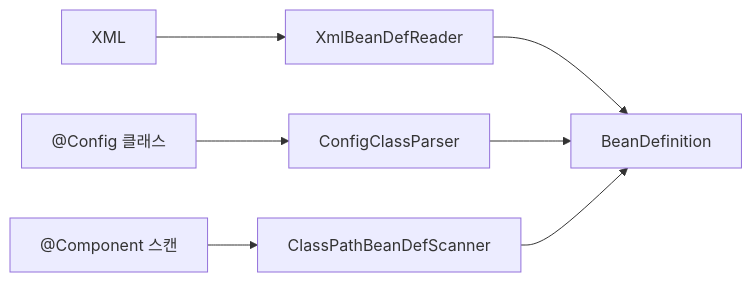
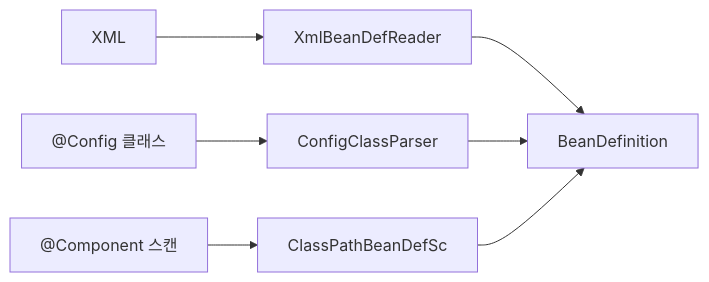
The fourth of 8 diagrams in _posts/spring/2026-05-02-spring-core-basic.md (yjkim2015/yjkim2015.github.io), drawn with Mermaid before and after one commit. The commit also changed other lines of this file and 245 other files, not shown here.

First line of the commit message:
Mermaid 다이어그램 전면 수정 + 면접 포인트 접기/펼치기 + DB 데드락 페이지

````diff
--- a/_posts/spring/2026-05-02-spring-core-basic.md
+++ b/_posts/spring/2026-05-02-spring-core-basic.md
@@ -256,9 +256,9 @@
 ```mermaid
 graph LR
     A["XML"] --> B["XmlBeanDefReader"]
     C["@Config 클래스"] --> D["ConfigClassParser"]
-    E["@Component 스캔"] --> F["ClassPathBeanDefScanner"]
+    E["@Component 스캔"] --> F["ClassPathBeanDefSc"]
     B --> G["BeanDefinition"]
     D --> G
     F --> G
 ```
````
